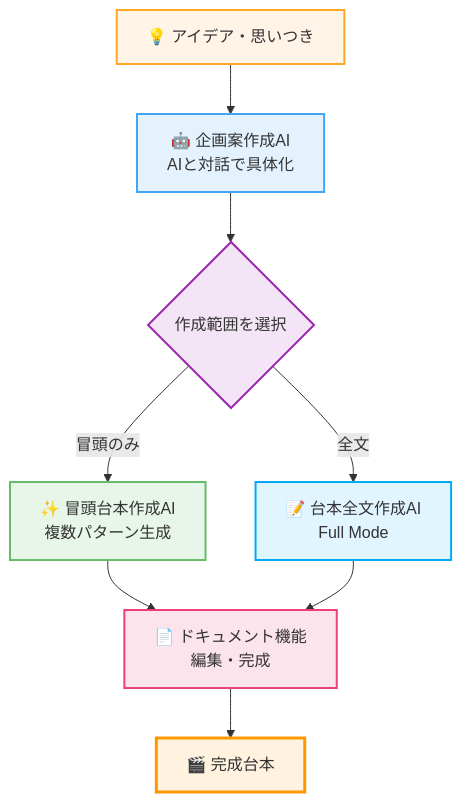
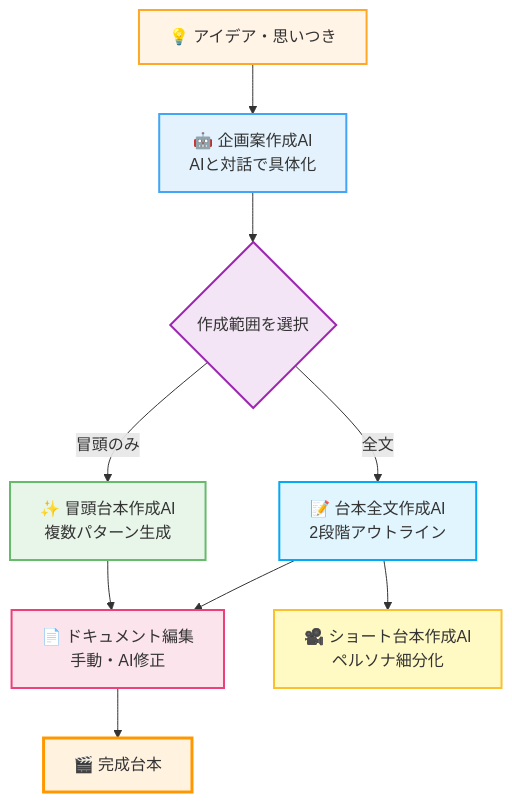
Before and after one commit to ele-inc/zero_user_manual: the diagram in docs/index.md, drawn with Mermaid. The commit also changed other lines of this file, not shown here.

````diff
--- a/docs/index.md
+++ b/docs/index.md
@@ -132,17 +51,19 @@
 ```mermaid
 graph TB
     A[💡 アイデア・思いつき] --> B[🤖 企画案作成AI<br/>AIと対話で具体化]
     B --> C{作成範囲を選択}
     C -->|冒頭のみ| D[✨ 冒頭台本作成AI<br/>複数パターン生成]
-    C -->|全文| E[📝 台本全文作成AI<br/>Full Mode]
-    D --> F[📄 ドキュメント機能<br/>編集・完成]
+    C -->|全文| E[📝 台本全文作成AI<br/>2段階アウトライン]
+    D --> F[📄 ドキュメント編集<br/>手動・AI修正]
     E --> F
+    E --> H[🎥 ショート台本作成AI<br/>ペルソナ細分化]
     F --> G[🎬 完成台本]
     style A fill:#fff4e6,stroke:#ffa726,stroke-width:2px
     style B fill:#e3f2fd,stroke:#42a5f5,stroke-width:2px
     style C fill:#f3e5f5,stroke:#9c27b0,stroke-width:2px
     style D fill:#e8f5e9,stroke:#66bb6a,stroke-width:2px
     style E fill:#e1f5fe,stroke:#03a9f4,stroke-width:2px
     style F fill:#fce4ec,stroke:#ec407a,stroke-width:2px
     style G fill:#fff3e0,stroke:#ff9800,stroke-width:3px
+    style H fill:#fff9c4,stroke:#fbc02d,stroke-width:2px
 ```
````
